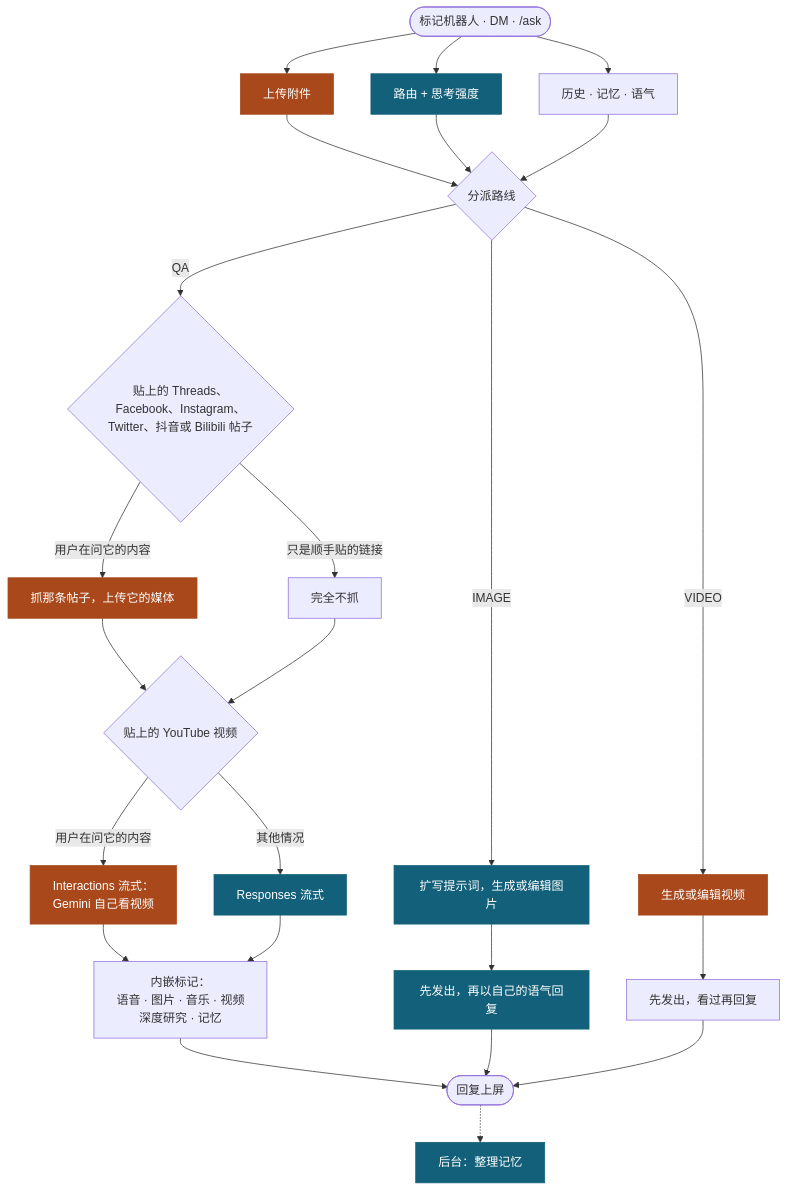
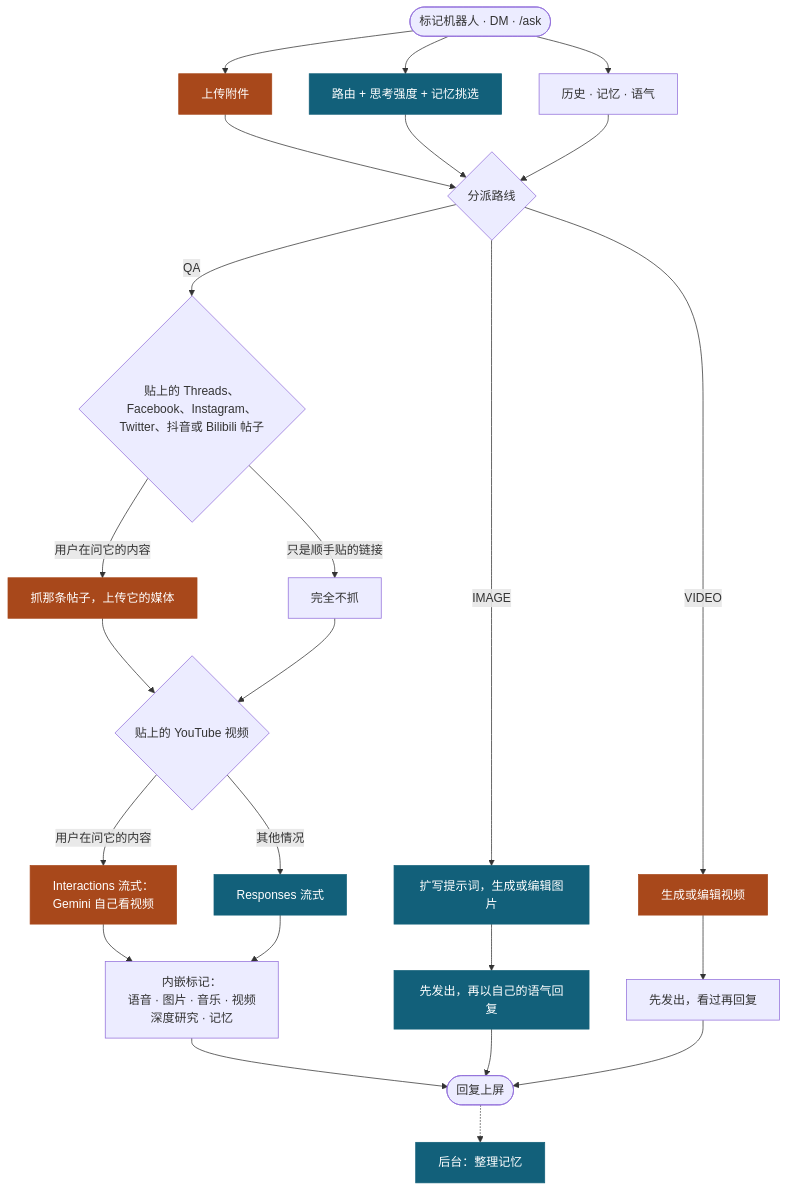
One commit to Mai0313/discordbot changed the diagram in README.zh-CN.md. Above: the diagram before and after it, drawn with Mermaid. The commit also changed 21 other files, not shown here.

````diff
--- a/README.zh-CN.md
+++ b/README.zh-CN.md
@@ -43,33 +43,33 @@
 ```mermaid
 flowchart TD
     U(["标记机器人 · DM · /ask"]) --> UP & RT & CX
 
     UP["上传附件"]
-    RT["路由 + 思考强度"]
+    RT["路由 + 思考强度 + 记忆挑选"]
     CX["历史 · 记忆 · 语气"]
 
     UP & RT & CX --> R{"分派路线"}
 
     R -->|QA| L{"贴上的 Threads、Facebook、Instagram、<br/>Twitter、抖音或 Bilibili 帖子"}
     L -->|"用户在问它的内容"| LF["抓那条帖子，上传它的媒体"]
     L -->|"只是顺手贴的链接"| LS["完全不抓"]
     LF & LS --> Y{"贴上的 YouTube 视频"}
     Y -->|"用户在问它的内容"| YT["Interactions 流式：<br/>Gemini 自己看视频"]
     Y -->|"其他情况"| QS["Responses 流式"]
     YT & QS --> Q2["内嵌标记：<br/>语音 · 图片 · 音乐 · 视频<br/>深度研究 · 记忆"]
 
     R -->|IMAGE| I1["扩写提示词，生成或编辑图片"]
     I1 --> I2["先发出，再以自己的语气回复"]
     R -->|VIDEO| V1["生成或编辑视频"]
     V1 --> V2["先发出，看过再回复"]
 
     Q2 --> OUT(["回复上屏"])
     I2 --> OUT
     V2 --> OUT
     OUT -.-> MM["后台：整理记忆"]
 
     classDef proxy fill:#12607a,stroke:#12607a,color:#ffffff
     classDef direct fill:#a8481b,stroke:#a8481b,color:#ffffff
     class RT,QS,I1,I2,MM proxy
     class UP,LF,YT,V1 direct
 ```
````
